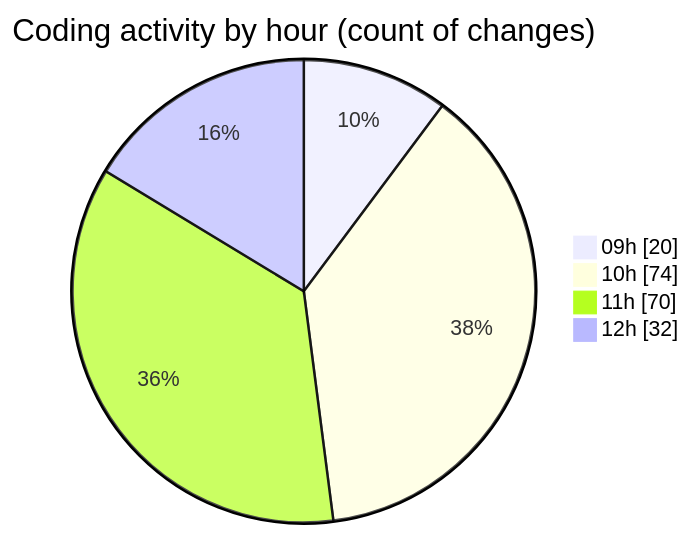
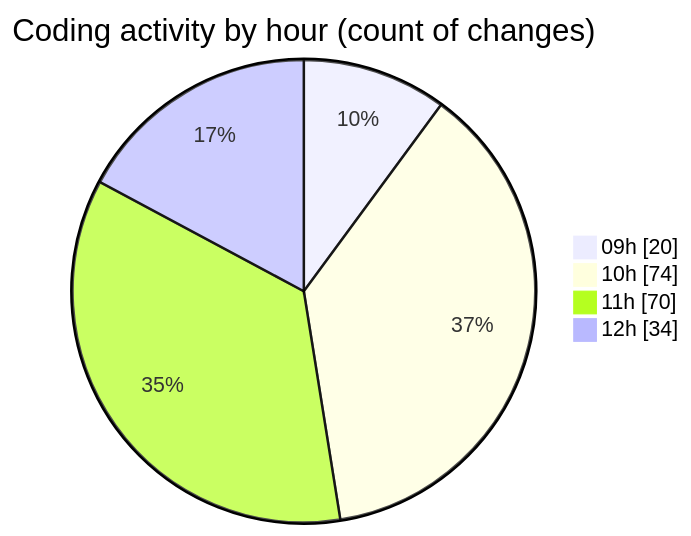
The second of 2 diagrams in 2025-06-06/ecodeli-1/README.md (CELIANVF/code-tracking), drawn with Mermaid before and after one commit. The commit also changed other lines of this file and 1 other file, not shown here.

````diff
--- a/2025-06-06/ecodeli-1/README.md
+++ b/2025-06-06/ecodeli-1/README.md
@@ -84,8 +84,8 @@
 ```mermaid
 pie showData
 title Coding activity by hour (count of changes)
 "09h" : 20
 "10h" : 74
 "11h" : 70
-"12h" : 32
+"12h" : 34
 ```
````
